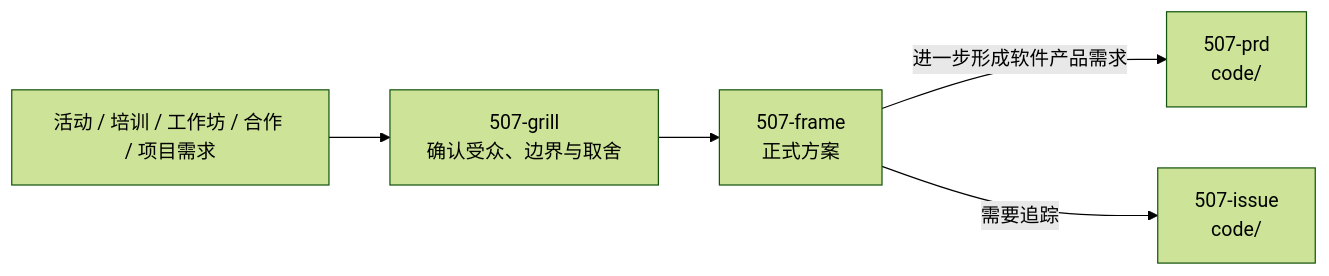
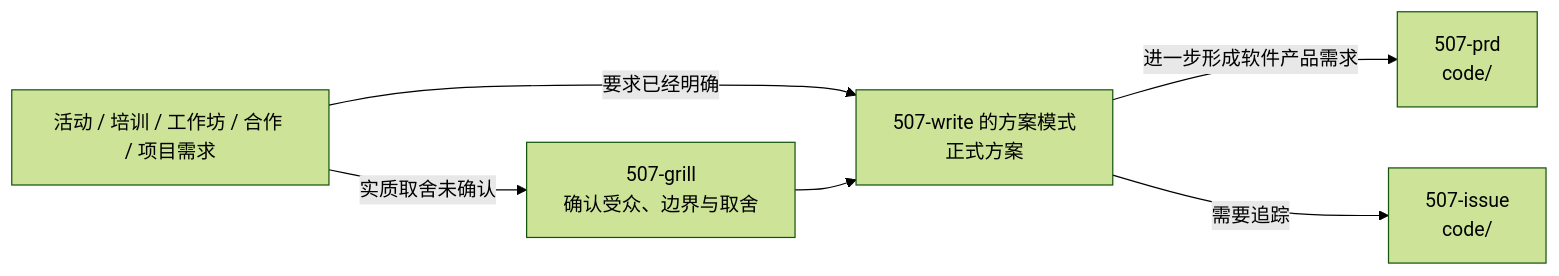
Before and after one commit to ssdiwu/507-skills: the second of 3 diagrams in write/README.md, drawn with Mermaid (forest theme). The commit also changed other lines of this file and 104 other files, not shown here.

````diff
--- a/write/README.md
+++ b/write/README.md
@@ -39,7 +39,8 @@
 ```mermaid
 flowchart LR
-    need["活动 / 培训 / 工作坊 / 合作 / 项目需求"] --> grill["507-grill<br/>确认受众、边界与取舍"]
-    grill --> frame["507-frame<br/>正式方案"]
+    need["活动 / 培训 / 工作坊 / 合作 / 项目需求"] -->|"实质取舍未确认"| grill["507-grill<br/>确认受众、边界与取舍"]
+    need -->|"要求已经明确"| frame
+    grill --> frame["507-write 的方案模式<br/>正式方案"]
     frame -->|"进一步形成软件产品需求"| prd["507-prd<br/>code/"]
     frame -->|"需要追踪"| issue["507-issue<br/>code/"]
 ```
````
